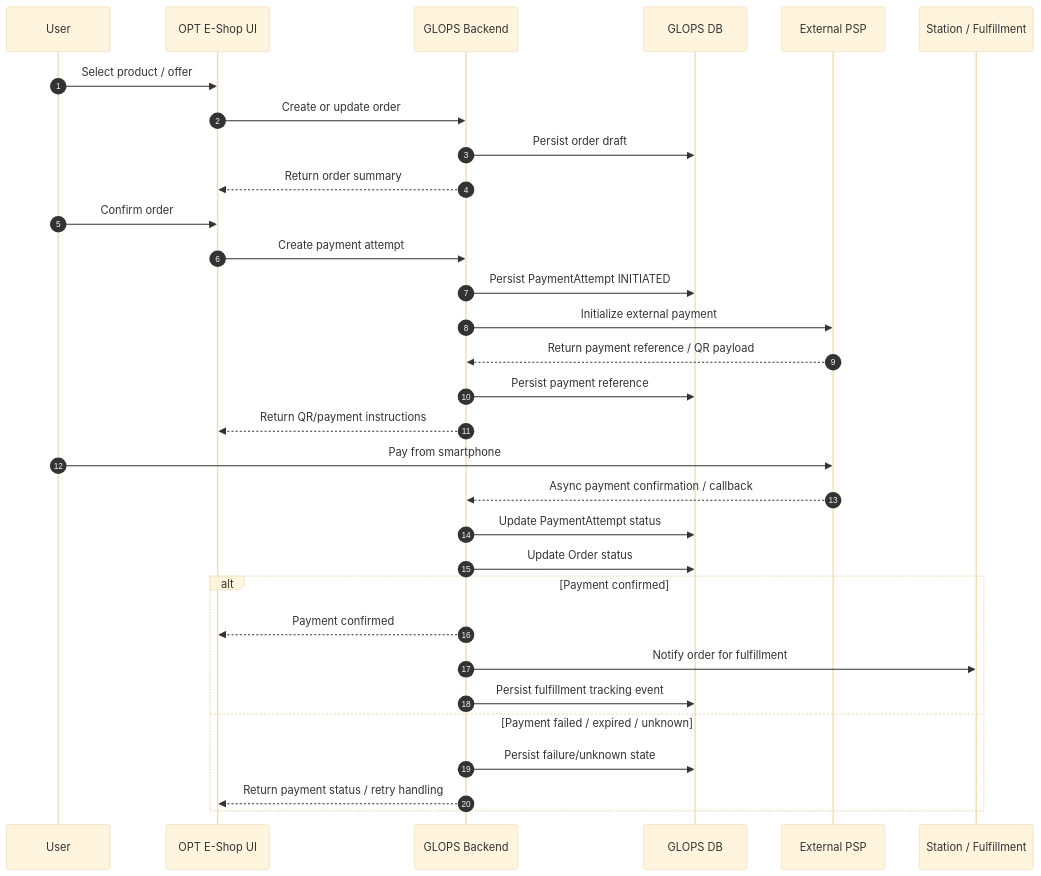
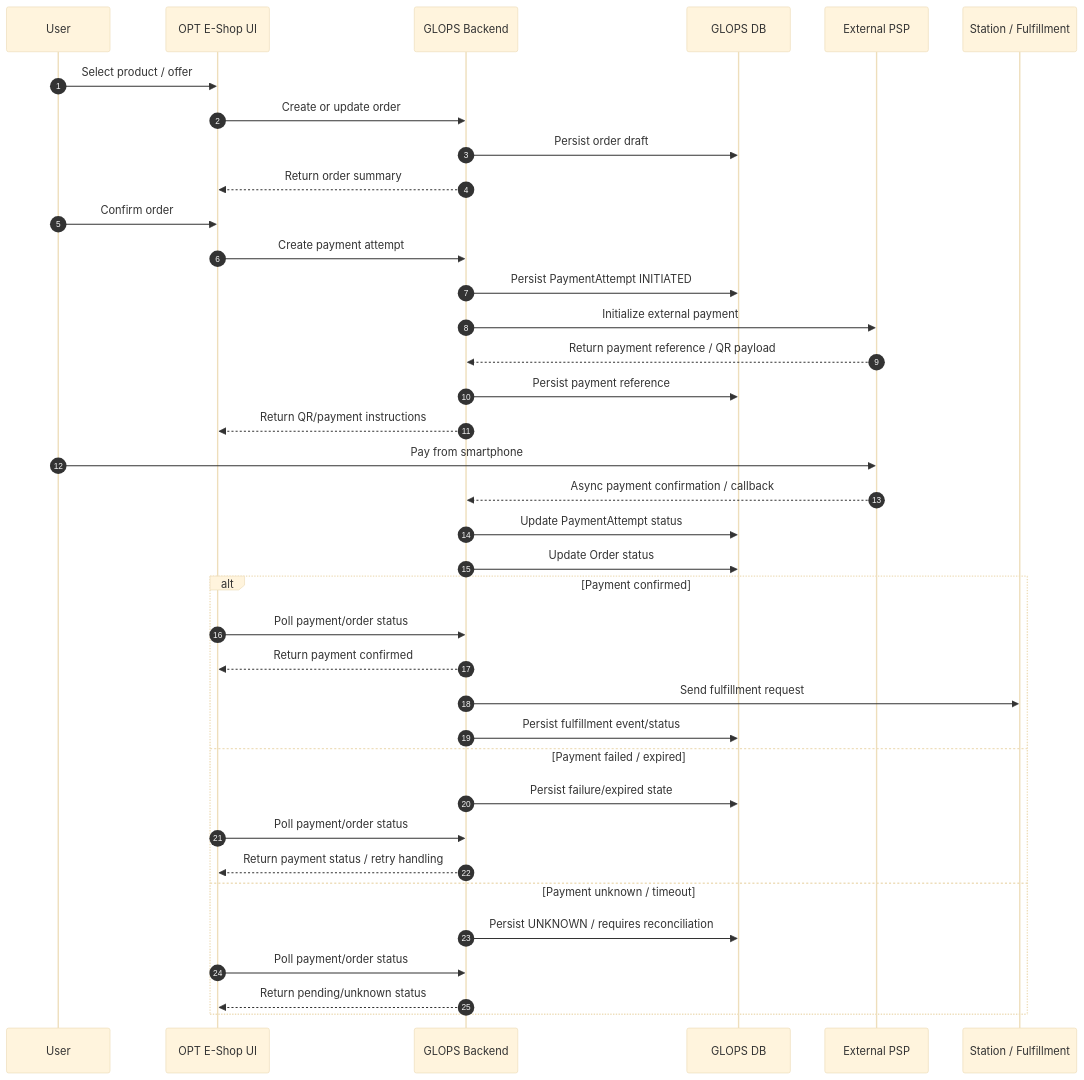
One commit to mamzpy/glops-backend changed the fourth of 8 diagrams in docs/architecture/data-ownership-and-system-flows.it.md. Above: the diagram before and after it, drawn with Mermaid (base theme). The commit also changed other lines of this file, not shown here.

Commit message:
docs: update data ownership and system flows

````diff
--- a/docs/architecture/data-ownership-and-system-flows.it.md
+++ b/docs/architecture/data-ownership-and-system-flows.it.md
@@ -228,37 +193,43 @@
 ```mermaid
 sequenceDiagram
     autonumber
     participant User as User
     participant UI as OPT E-Shop UI
     participant BE as GLOPS Backend
     participant DB as GLOPS DB
     participant PSP as External PSP
     participant EXT as Station / Fulfillment
 
     User->>UI: Select product / offer
     UI->>BE: Create or update order
     BE->>DB: Persist order draft
     BE-->>UI: Return order summary
 
     User->>UI: Confirm order
     UI->>BE: Create payment attempt
     BE->>DB: Persist PaymentAttempt INITIATED
     BE->>PSP: Initialize external payment
     PSP-->>BE: Return payment reference / QR payload
     BE->>DB: Persist payment reference
     BE-->>UI: Return QR/payment instructions
 
     User->>PSP: Pay from smartphone
     PSP-->>BE: Async payment confirmation / callback
     BE->>DB: Update PaymentAttempt status
     BE->>DB: Update Order status
 
     alt Payment confirmed
-        BE-->>UI: Payment confirmed
-        BE->>EXT: Notify order for fulfillment
-        BE->>DB: Persist fulfillment tracking event
-    else Payment failed / expired / unknown
-        BE->>DB: Persist failure/unknown state
+        UI->>BE: Poll payment/order status
+        BE-->>UI: Return payment confirmed
+        BE->>EXT: Send fulfillment request
+        BE->>DB: Persist fulfillment event/status
+    else Payment failed / expired
+        BE->>DB: Persist failure/expired state
+        UI->>BE: Poll payment/order status
         BE-->>UI: Return payment status / retry handling
+    else Payment unknown / timeout
+        BE->>DB: Persist UNKNOWN / requires reconciliation
+        UI->>BE: Poll payment/order status
+        BE-->>UI: Return pending/unknown status
     end
 ```
````
